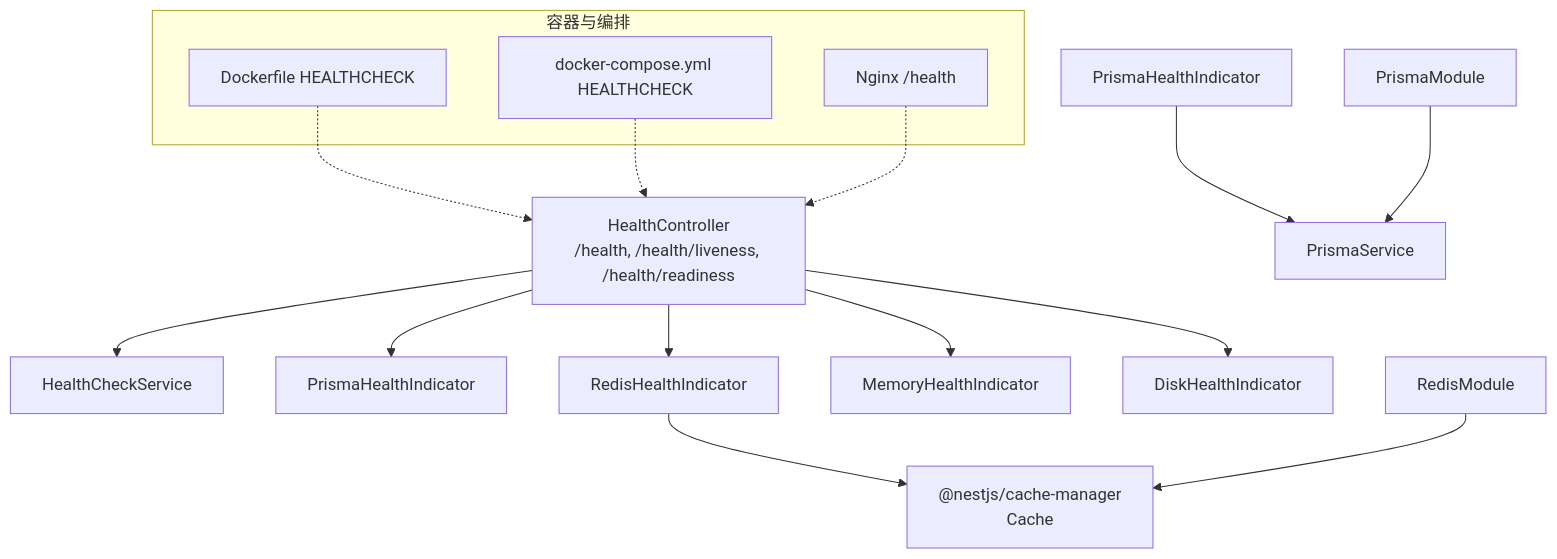
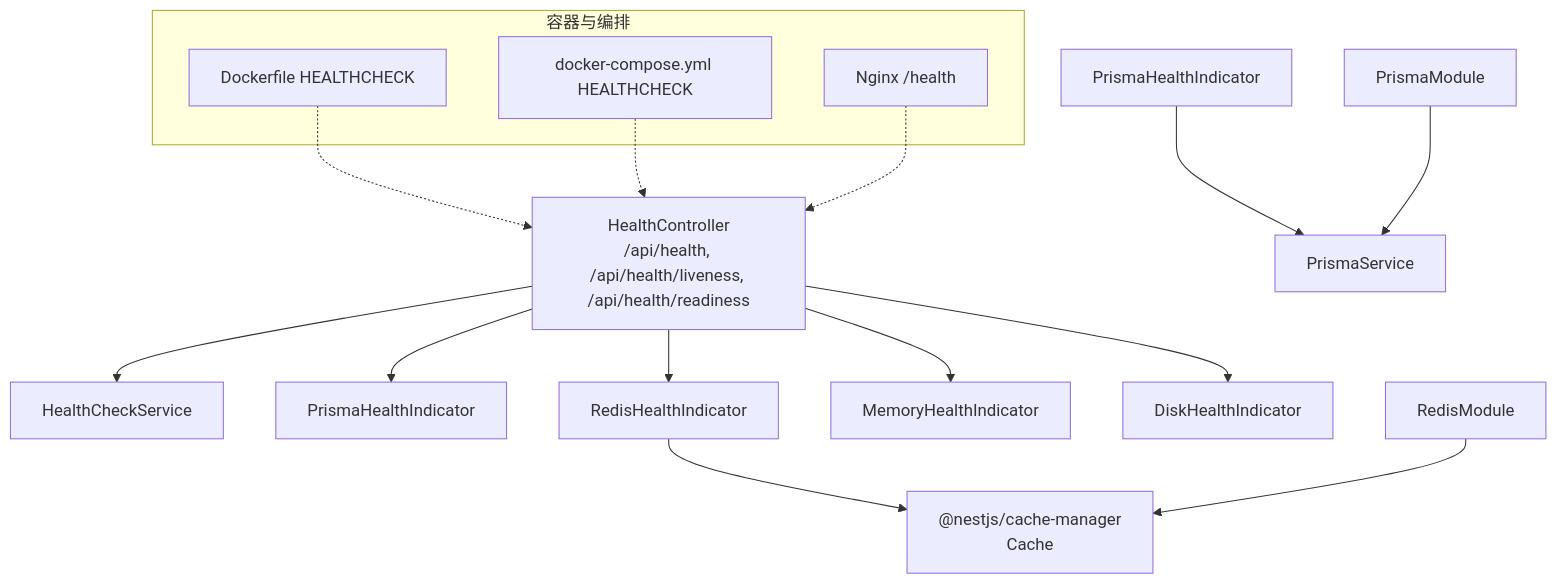
One commit to xixixiaoyu/vue3-nest-template changed the first of 5 diagrams in .qoder/repowiki/zh/content/后端服务/健康检查服务.md. Above: the diagram before and after it, drawn with Mermaid. The commit also changed other lines of this file and 7 other files, not shown here.

First line of the commit message:
docs(health): 更新健康检查路径至 /api/health

````diff
--- a/.qoder/repowiki/zh/content/后端服务/健康检查服务.md
+++ b/.qoder/repowiki/zh/content/后端服务/健康检查服务.md
@@ -41,20 +39,20 @@
 ```mermaid
 graph TB
-HC["HealthController<br/>/health, /health/liveness, /health/readiness"] --> HCS["HealthCheckService"]
+HC["HealthController<br/>/api/health, /api/health/liveness, /api/health/readiness"] --> HCS["HealthCheckService"]
 HC --> PHI["PrismaHealthIndicator"]
 HC --> RHI["RedisHealthIndicator"]
 HC --> MEM["MemoryHealthIndicator"]
 HC --> DISK["DiskHealthIndicator"]
 PH["PrismaHealthIndicator"] --> PS["PrismaService"]
 RHI --> CM["@nestjs/cache-manager<br/>Cache"]
 RM["RedisModule"] --> CM
 PM["PrismaModule"] --> PS
 subgraph "容器与编排"
 DK["Dockerfile HEALTHCHECK"]
 DC["docker-compose.yml HEALTHCHECK"]
 NG["Nginx /health"]
 end
 DK -.-> HC
 DC -.-> HC
 NG -.-> HC
 ```
````
